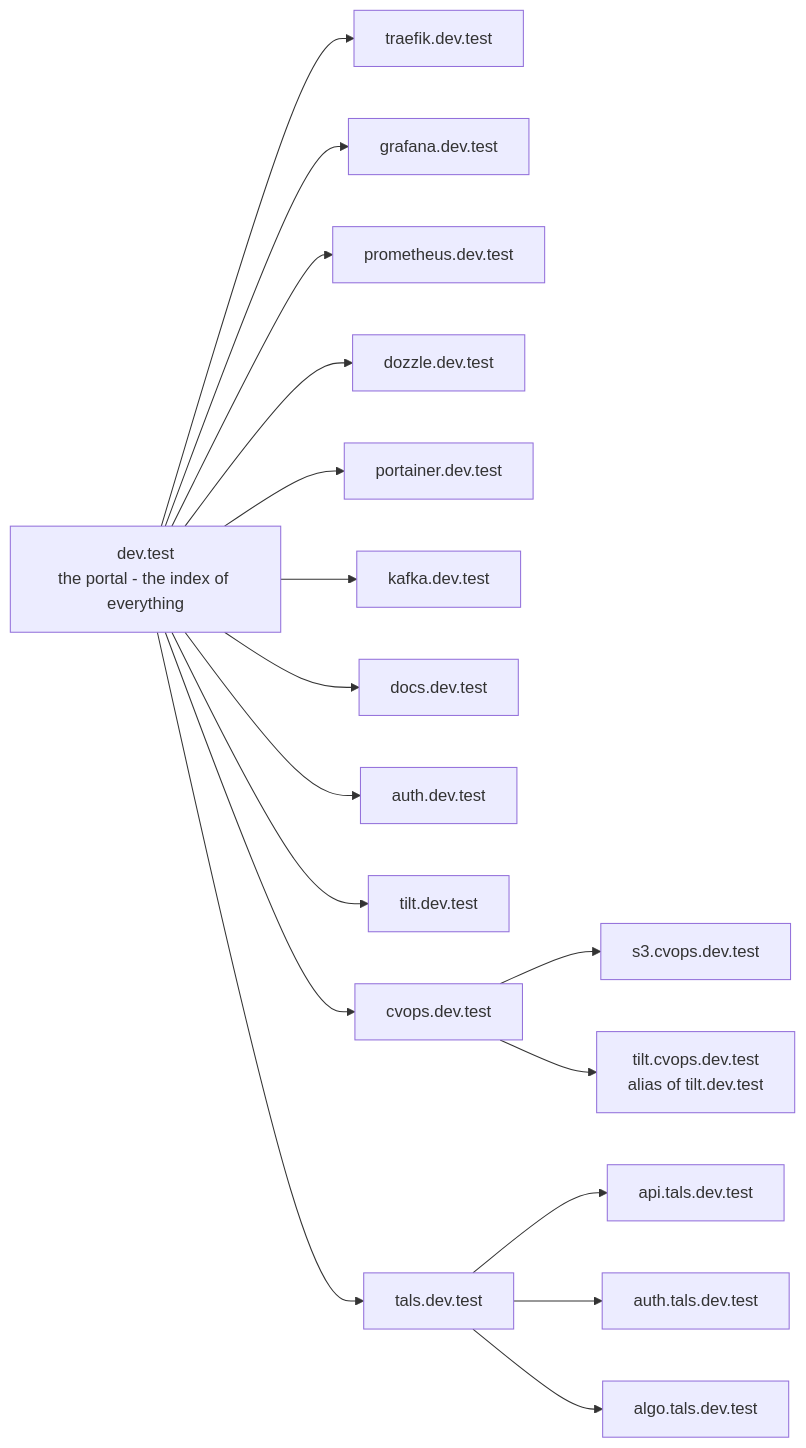
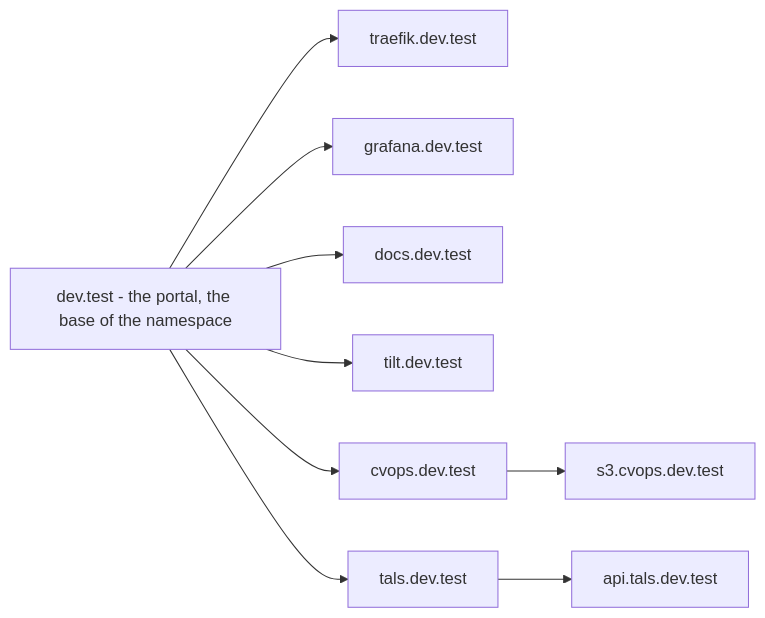
Before and after one commit to YehudaBriskman/Bothy: the fourth of 6 diagrams in docs/ARCHITECTURE.md, drawn with Mermaid. The commit also changed other lines of this file and 10 other files, not shown here.

````diff
--- a/docs/ARCHITECTURE.md
+++ b/docs/ARCHITECTURE.md
@@ -353,23 +450,15 @@
 ```mermaid
 flowchart LR
-    BASE["dev.test<br/>the portal - the index of everything"]
+    BASE["dev.test - the portal, the base of the namespace"]
 
     BASE --> TRA["traefik.dev.test"]
     BASE --> GRA["grafana.dev.test"]
-    BASE --> PRO["prometheus.dev.test"]
-    BASE --> DOZ["dozzle.dev.test"]
-    BASE --> POR["portainer.dev.test"]
-    BASE --> KAF["kafka.dev.test"]
     BASE --> DOC["docs.dev.test"]
-    BASE --> AUT["auth.dev.test"]
     BASE --> TIL["tilt.dev.test"]
 
     BASE --> CVO["cvops.dev.test"]
     CVO --> CS3["s3.cvops.dev.test"]
-    CVO --> CTI["tilt.cvops.dev.test<br/>alias of tilt.dev.test"]
 
     BASE --> TAL["tals.dev.test"]
     TAL --> TAPI["api.tals.dev.test"]
-    TAL --> TAUT["auth.tals.dev.test"]
-    TAL --> TALG["algo.tals.dev.test"]
 ```
````
